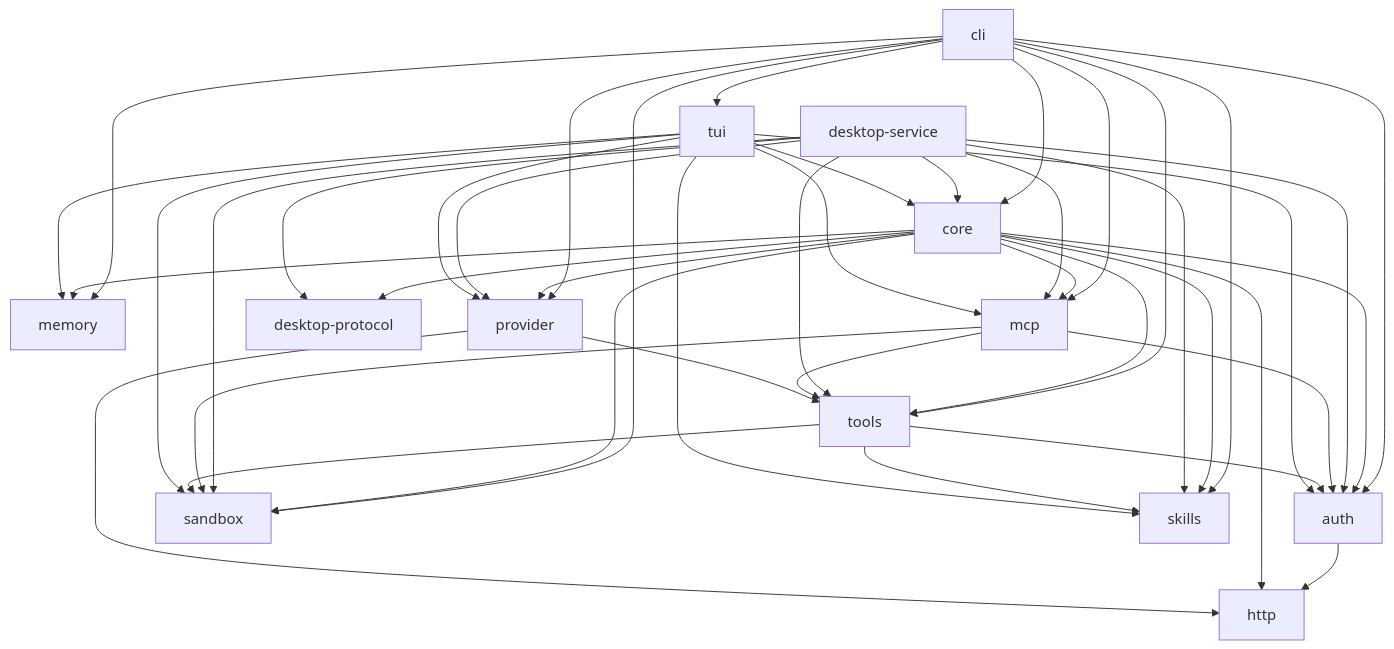
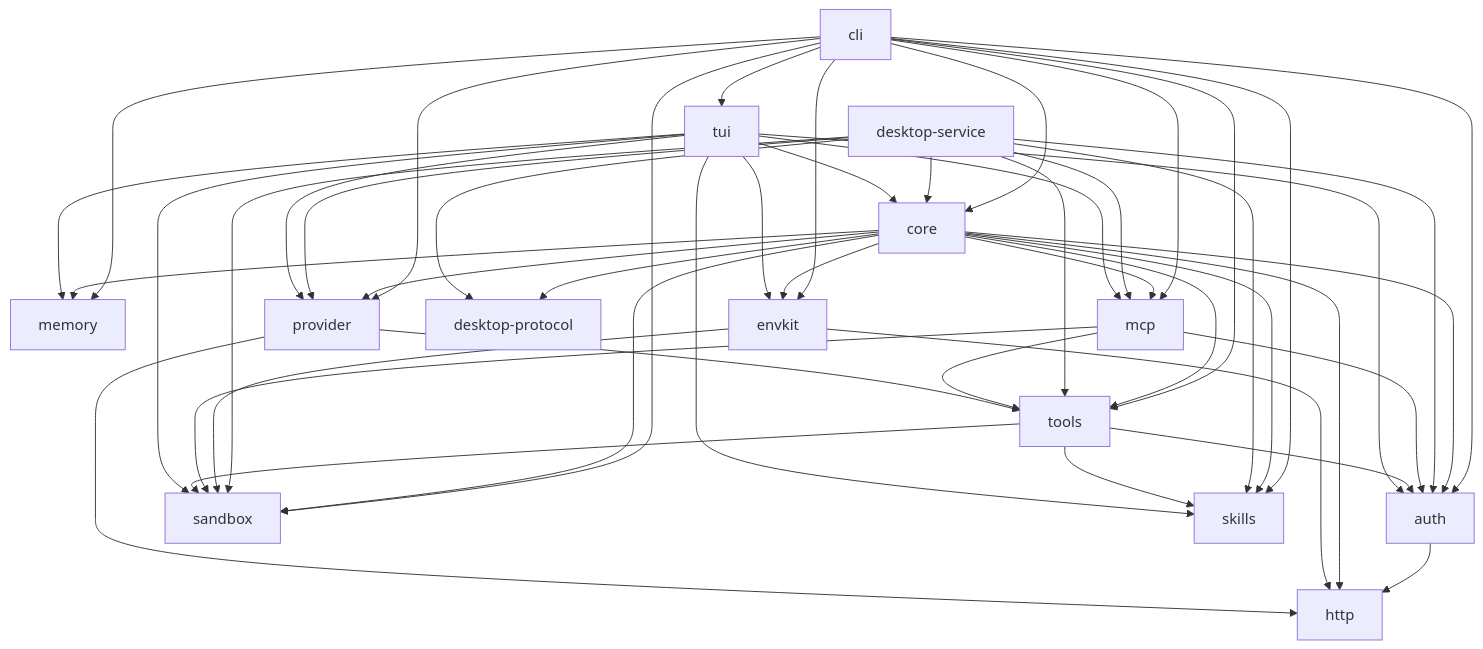
Before and after one commit to 4ltena/polaris: the diagram in docs/architecture.md, drawn with Mermaid. The commit also changed other lines of this file and 6 other files, not shown here.

````diff
--- a/docs/architecture.md
+++ b/docs/architecture.md
@@ -13,45 +13,50 @@
 ```mermaid
 graph TD
   auth --> http
   cli --> memory
   cli --> auth
   cli --> core
+  cli --> envkit
   cli --> mcp
   cli --> provider
   cli --> sandbox
   cli --> skills
   cli --> tools
   cli --> tui
   core --> auth
   core --> http
+  core --> envkit
   core --> desktop-protocol
   core --> provider
   core --> memory
   core --> mcp
   core --> sandbox
   core --> skills
   core --> tools
   desktop-service --> auth
   desktop-service --> tools
   desktop-service --> sandbox
   desktop-service --> mcp
   desktop-service --> skills
   desktop-service --> core
   desktop-service --> provider
   desktop-service --> desktop-protocol
+  envkit --> http
+  envkit --> sandbox
   mcp --> tools
   mcp --> auth
   mcp --> sandbox
   provider --> tools
   provider --> http
   tools --> auth
   tools --> sandbox
   tools --> skills
   tui --> memory
   tui --> auth
   tui --> core
+  tui --> envkit
   tui --> mcp
   tui --> provider
   tui --> sandbox
   tui --> skills
 ```
````
